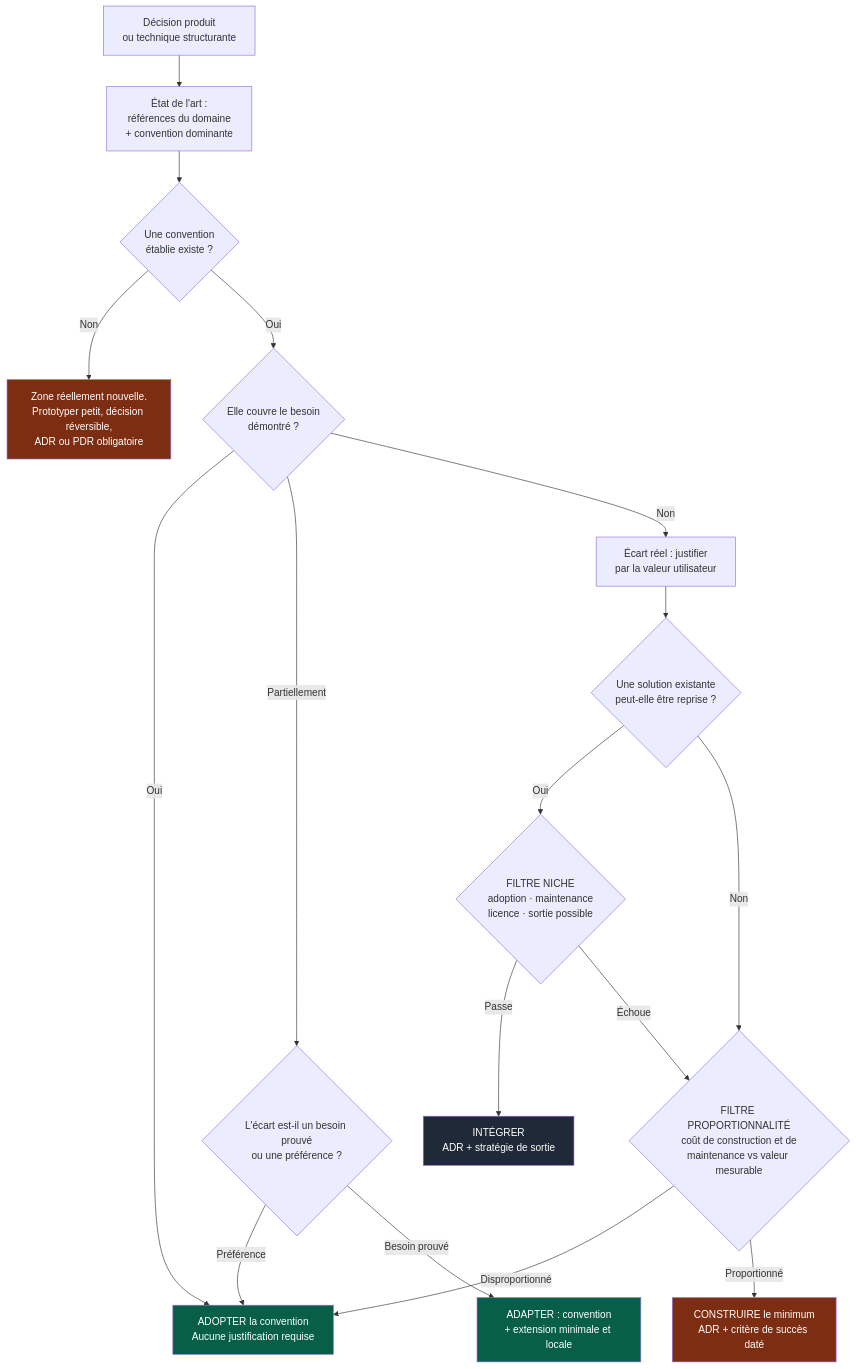
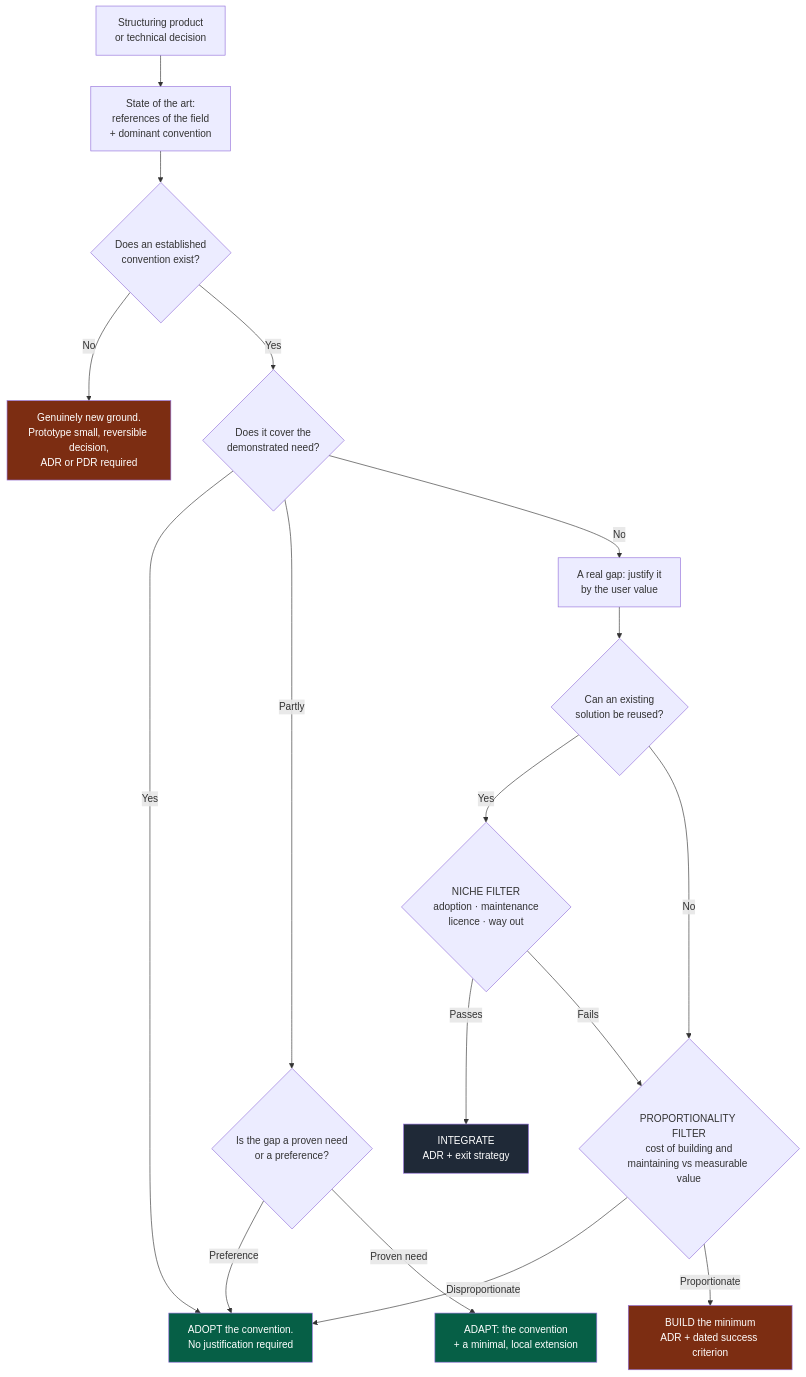
One commit to NapkinStack/engineering-os changed the first of 2 diagrams in skeleton/docs/os/06-decisions.md. Above: the diagram before and after it, drawn with Mermaid. The commit also changed other lines of this file and 87 other files, not shown here.

````diff
--- a/skeleton/docs/os/06-decisions.md
+++ b/skeleton/docs/os/06-decisions.md
@@ -42,31 +41,31 @@
 ```mermaid
 flowchart TD
-    A["Décision produit<br/>ou technique structurante"] --> B["État de l'art :<br/>références du domaine<br/>+ convention dominante"]
-    B --> C{"Une convention<br/>établie existe ?"}
+    A["Structuring product<br/>or technical decision"] --> B["State of the art:<br/>references of the field<br/>+ dominant convention"]
+    B --> C{"Does an established<br/>convention exist?"}
 
-    C -->|Non| N1["Zone réellement nouvelle.<br/>Prototyper petit, décision réversible,<br/>ADR ou PDR obligatoire"]
-    C -->|Oui| D{"Elle couvre le besoin<br/>démontré ?"}
+    C -->|No| N1["Genuinely new ground.<br/>Prototype small, reversible decision,<br/>ADR or PDR required"]
+    C -->|Yes| D{"Does it cover the<br/>demonstrated need?"}
 
-    D -->|Oui| E["ADOPTER la convention<br/>Aucune justification requise"]
-    D -->|Partiellement| F{"L'écart est-il un besoin prouvé<br/>ou une préférence ?"}
-    D -->|Non| G["Écart réel : justifier<br/>par la valeur utilisateur"]
+    D -->|Yes| E["ADOPT the convention.<br/>No justification required"]
+    D -->|Partly| F{"Is the gap a proven need<br/>or a preference?"}
+    D -->|No| G["A real gap: justify it<br/>by the user value"]
 
-    F -->|Préférence| E
-    F -->|Besoin prouvé| H["ADAPTER : convention<br/>+ extension minimale et locale"]
+    F -->|Preference| E
+    F -->|Proven need| H["ADAPT: the convention<br/>+ a minimal, local extension"]
 
-    G --> I{"Une solution existante<br/>peut-elle être reprise ?"}
-    I -->|Oui| J{"FILTRE NICHE<br/>adoption · maintenance<br/>licence · sortie possible"}
-    I -->|Non| K{"FILTRE PROPORTIONNALITÉ<br/>coût de construction et de<br/>maintenance vs valeur mesurable"}
+    G --> I{"Can an existing<br/>solution be reused?"}
+    I -->|Yes| J{"NICHE FILTER<br/>adoption · maintenance<br/>licence · way out"}
+    I -->|No| K{"PROPORTIONALITY FILTER<br/>cost of building and<br/>maintaining vs measurable value"}
 
-    J -->|Passe| L["INTÉGRER<br/>ADR + stratégie de sortie"]
-    J -->|Échoue| K
+    J -->|Passes| L["INTEGRATE<br/>ADR + exit strategy"]
+    J -->|Fails| K
 
-    K -->|Disproportionné| E
-    K -->|Proportionné| M["CONSTRUIRE le minimum<br/>ADR + critère de succès daté"]
+    K -->|Disproportionate| E
+    K -->|Proportionate| M["BUILD the minimum<br/>ADR + dated success criterion"]
 
     style E fill:#065f46,color:#fff
     style H fill:#065f46,color:#fff
     style L fill:#1f2937,color:#fff
     style M fill:#7c2d12,color:#fff
     style N1 fill:#7c2d12,color:#fff
 ```
````
